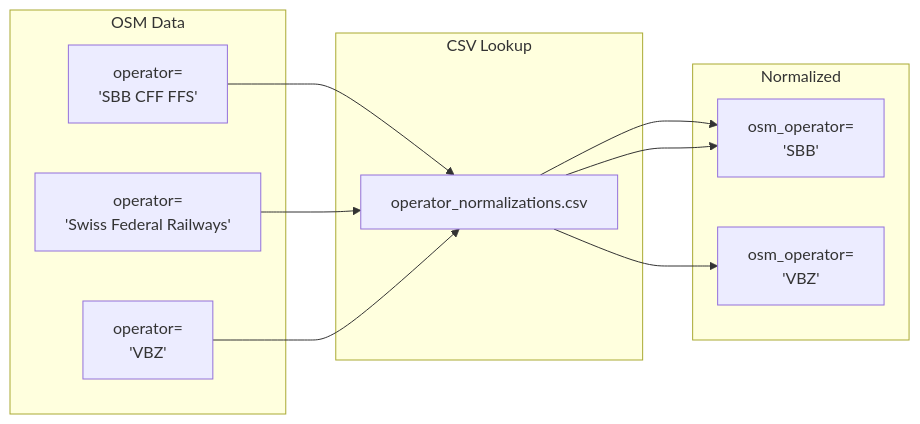
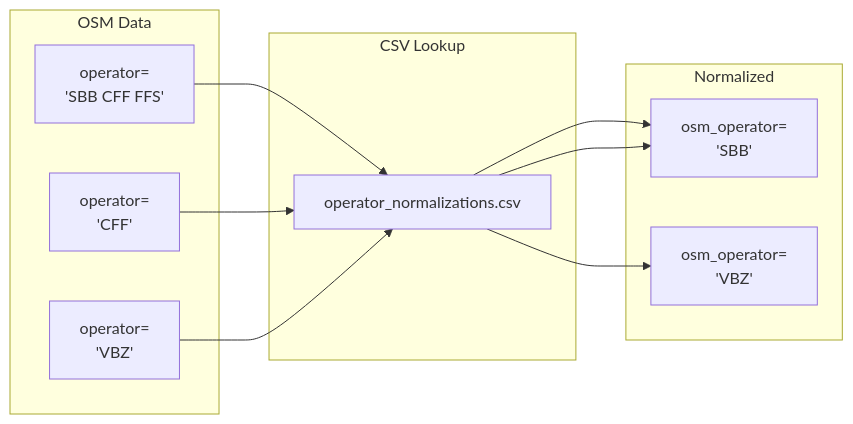
The diagram in documentation/1.3.1 OSM operator normalization.md (openTdataCH/stop_sync_osm_atlas), drawn with Mermaid before and after one commit. The commit also changed 7 other files, not shown here.

````diff
--- a/documentation/1.3.1 OSM operator normalization.md
+++ b/documentation/1.3.1 OSM operator normalization.md
@@ -5,21 +5,21 @@
 ```mermaid
 flowchart LR
     subgraph Input["OSM Data"]
         A["operator=<br/>'SBB CFF FFS'"]
-        B["operator=<br/>'Swiss Federal Railways'"]
+        B["operator=<br/>'CFF'"]
         C["operator=<br/>'VBZ'"]
     end
     
     subgraph Process["CSV Lookup"]
         CSV["operator_normalizations.csv"]
     end
     
     subgraph Output["Normalized"]
         D["osm_operator=<br/>'SBB'"]
         E["osm_operator=<br/>'VBZ'"]
     end
     
     A --> CSV --> D
     B --> CSV --> D
     C --> CSV --> E
 ```
````
